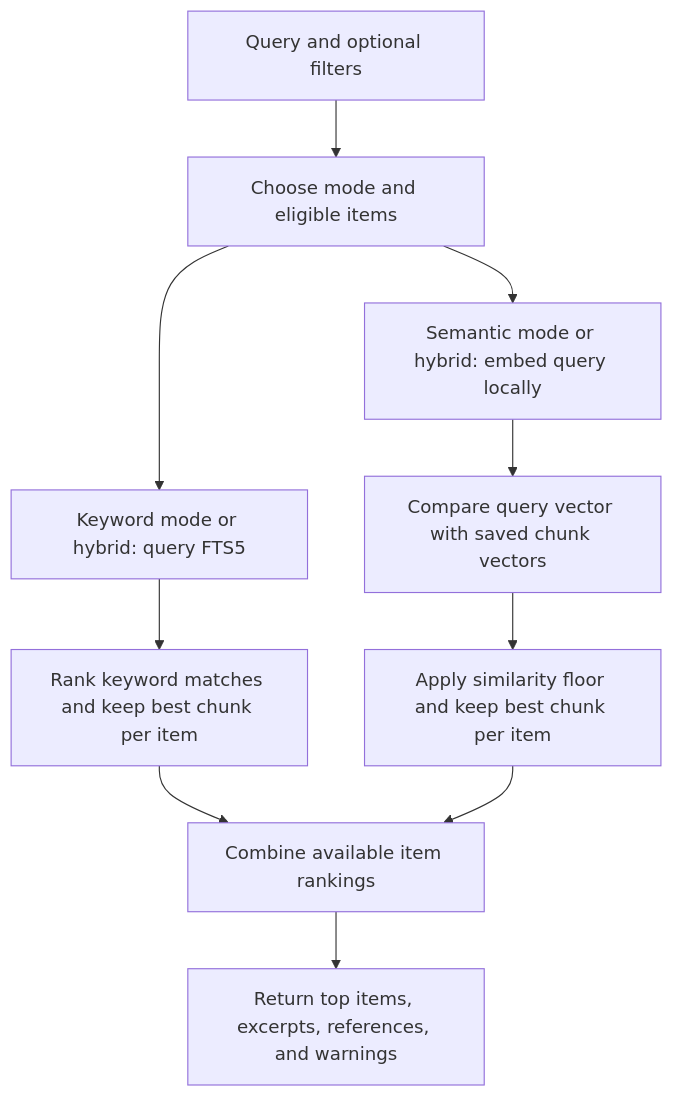
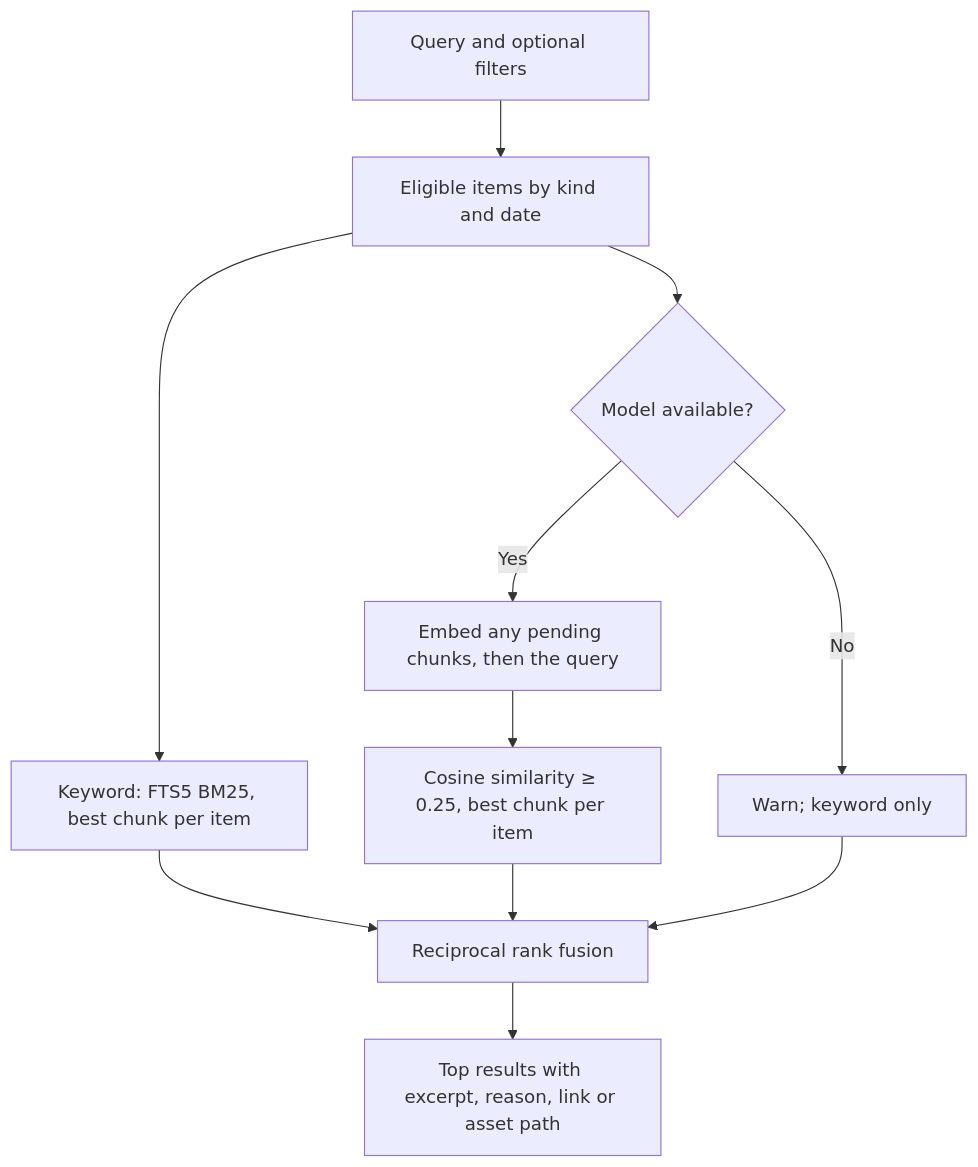
The second of 2 diagrams in docs/WORKFLOWS.md (yanggaome/memlio), drawn with Mermaid before and after one commit. The commit also changed other lines of this file and 21 other files, not shown here.

````diff
--- a/docs/WORKFLOWS.md
+++ b/docs/WORKFLOWS.md
@@ -150,12 +49,13 @@
 ```mermaid
 flowchart TD
-    A[Query and optional filters] --> B[Choose mode and eligible items]
-    B --> C[Keyword mode or hybrid: query FTS5]
-    B --> D[Semantic mode or hybrid: embed query locally]
-    C --> E[Rank keyword matches and keep best chunk per item]
-    D --> F[Compare query vector with saved chunk vectors]
-    F --> G[Apply similarity floor and keep best chunk per item]
-    E --> H[Combine available item rankings]
+    A[Query and optional filters] --> B[Eligible items by kind and date]
+    B --> C[Keyword: FTS5 BM25, best chunk per item]
+    B --> D{Model available?}
+    D -->|Yes| E[Embed any pending chunks, then the query]
+    E --> F[Cosine similarity ≥ 0.25, best chunk per item]
+    D -->|No| G[Warn; keyword only]
+    C --> H[Reciprocal rank fusion]
+    F --> H
     G --> H
-    H --> I[Return top items, excerpts, references, and warnings]
+    H --> I[Top results with excerpt, reason, link or asset path]
 ```
````
